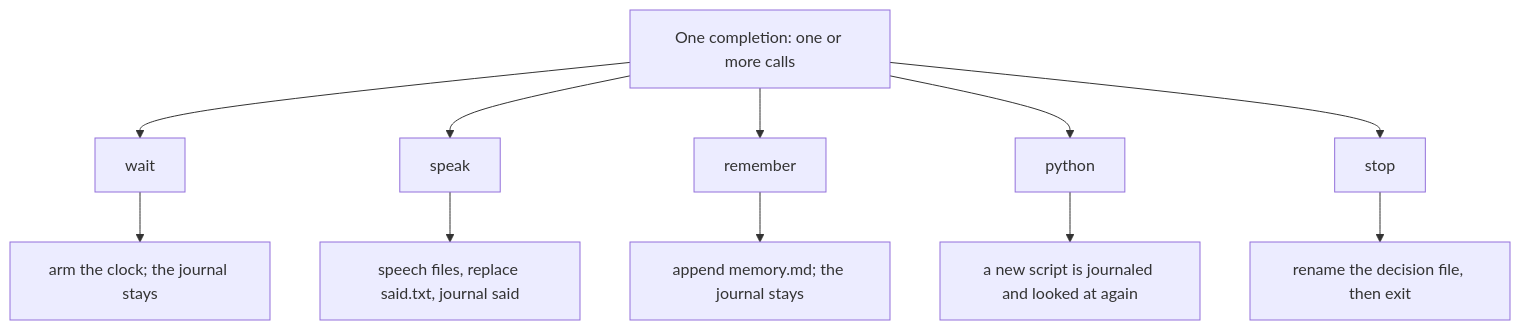
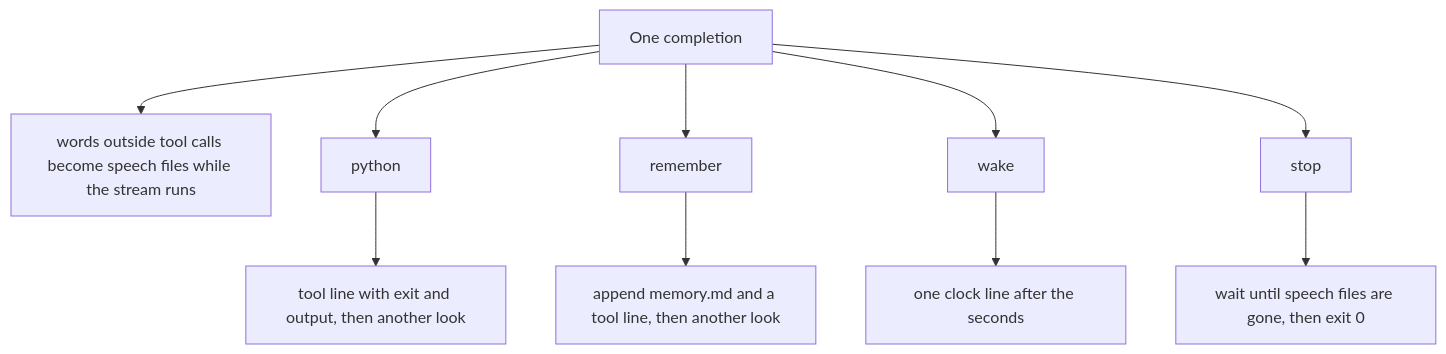
The fifth of 5 diagrams in README.md (wgabrys88/Trident), drawn with Mermaid before and after one commit. The commit also changed other lines of this file and 8 other files, not shown here.

````diff
--- a/README.md
+++ b/README.md
@@ -427,14 +427,13 @@
 ```mermaid
 flowchart TB
-  comp["One completion: one or more calls"]
-  comp --> wait["wait"]
-  comp --> speak["speak"]
+  comp["One completion"]
+  comp --> words["words outside tool calls become speech files while the stream runs"]
+  comp --> py["python"]
   comp --> remember["remember"]
-  comp --> py["python"]
+  comp --> wake["wake"]
   comp --> stop["stop"]
-  wait --> sleep["arm the clock; the journal stays"]
-  speak --> speech["speech files, replace said.txt, journal said"]
-  remember --> mem["append memory.md; the journal stays"]
-  py --> job["a new script is journaled and looked at again"]
-  stop --> halt["rename the decision file, then exit"]
+  py --> job["tool line with exit and output, then another look"]
+  remember --> mem["append memory.md and a tool line, then another look"]
+  wake --> clock["one clock line after the seconds"]
+  stop --> halt["wait until speech files are gone, then exit 0"]
 ```
````
